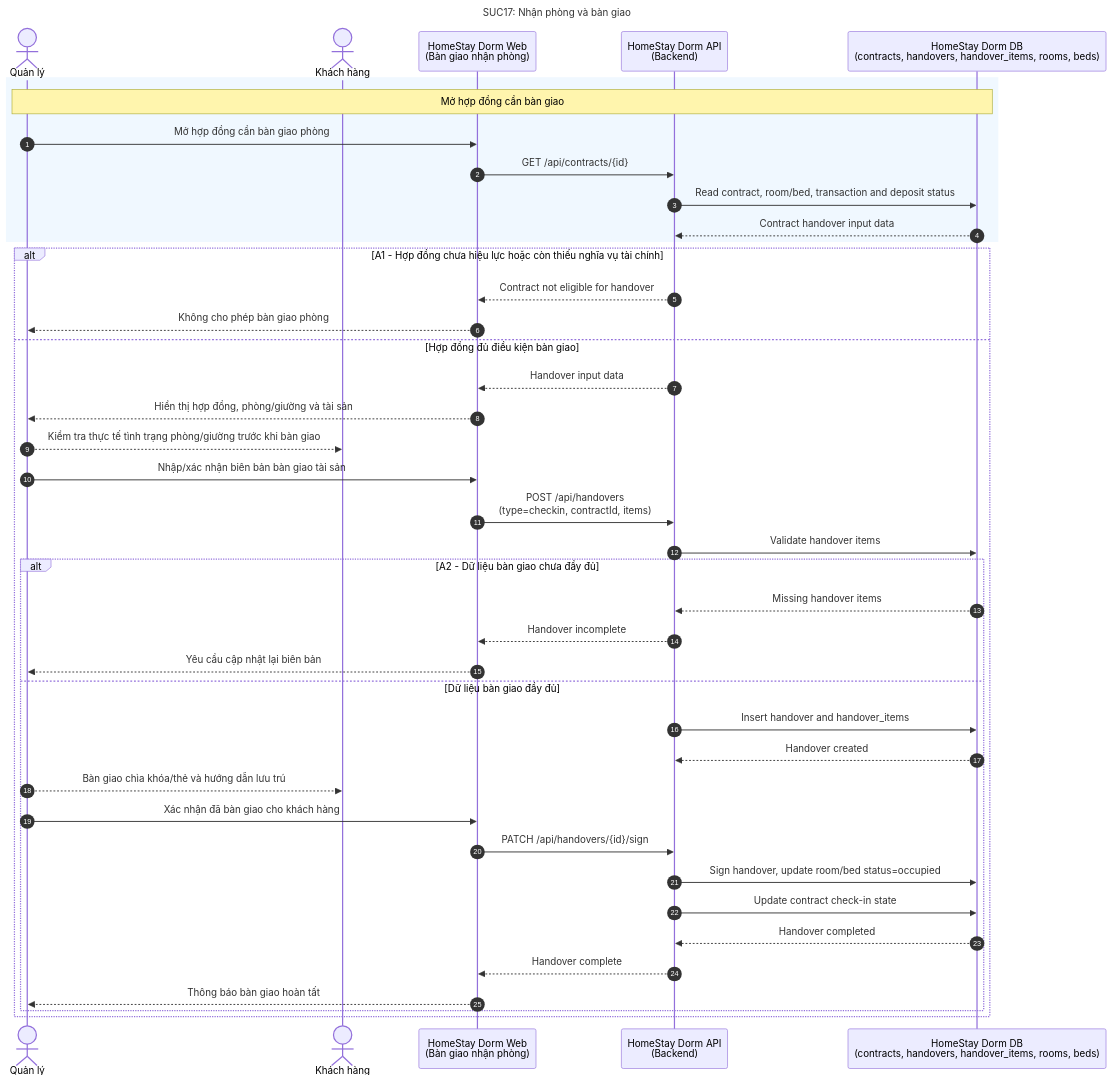
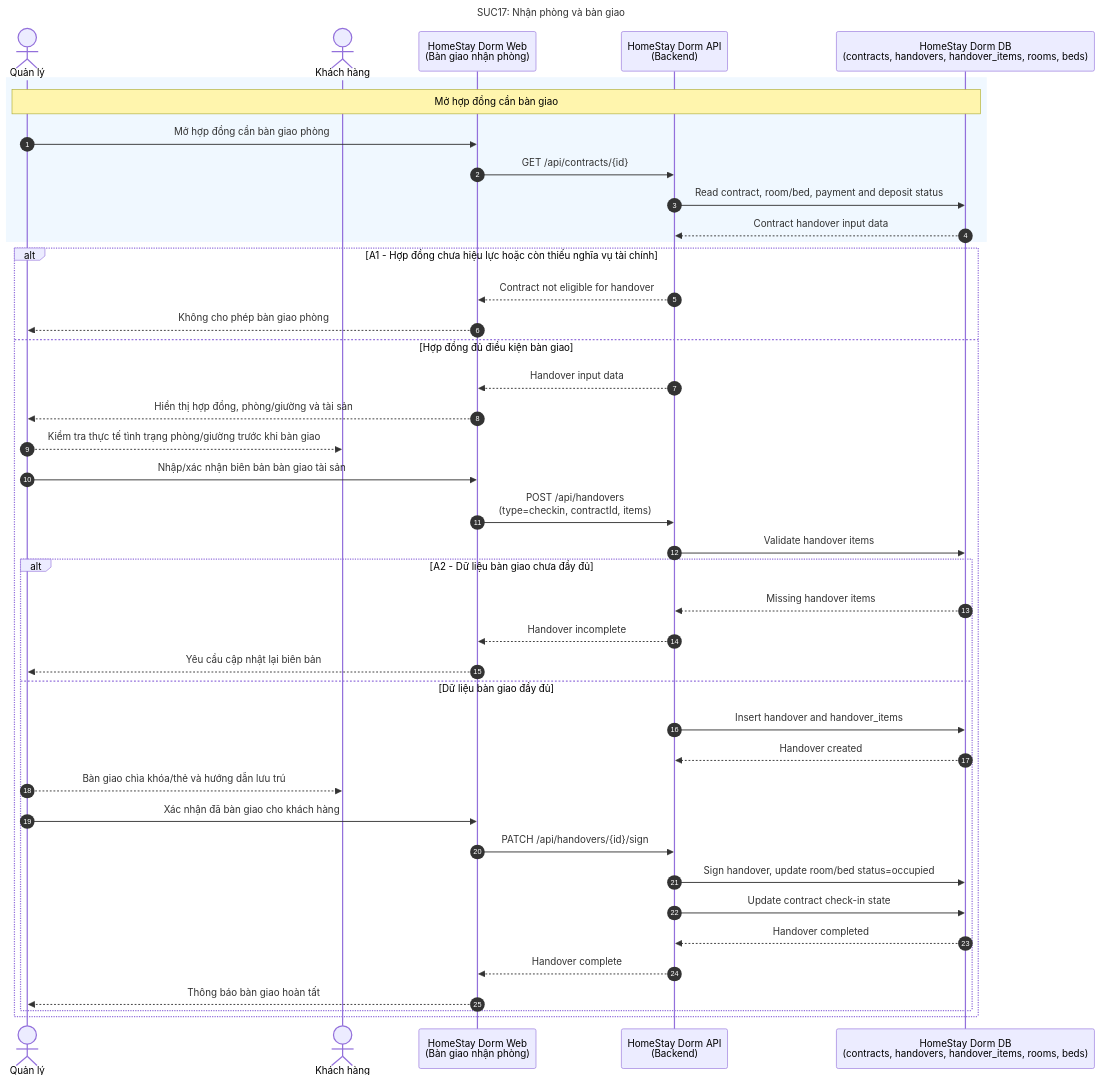
One commit to dinhdaivu/CSC12004_Information-Systems-Analysis-and-Design changed the diagram in docs/SUC/SUC17-nhan-phong-va-ban-giao.mmd. Above: the diagram before and after it, drawn with Mermaid. The commit also changed 30 other files, not shown here.

```diff
--- a/docs/SUC/SUC17-nhan-phong-va-ban-giao.mmd
+++ b/docs/SUC/SUC17-nhan-phong-va-ban-giao.mmd
@@ -1,45 +1,45 @@
 sequenceDiagram
     title SUC17: Nhận phòng và bàn giao
     autonumber
     actor M as Quản lý
     actor C as Khách hàng
     participant Web as HomeStay Dorm Web<br/>(Bàn giao nhận phòng)
     participant API as HomeStay Dorm API<br/>(Backend)
     participant DB as HomeStay Dorm DB<br/>(contracts, handovers, handover_items, rooms, beds)
 
     rect rgb(240, 248, 255)
         Note over M, DB: Mở hợp đồng cần bàn giao
         M->>Web: Mở hợp đồng cần bàn giao phòng
         Web->>API: GET /api/contracts/{id}
-        API->>DB: Read contract, room/bed, transaction and deposit status
+        API->>DB: Read contract, room/bed, payment and deposit status
         DB-->>API: Contract handover input data
     end
 
     alt A1 - Hợp đồng chưa hiệu lực hoặc còn thiếu nghĩa vụ tài chính
         API-->>Web: Contract not eligible for handover
         Web-->>M: Không cho phép bàn giao phòng
     else Hợp đồng đủ điều kiện bàn giao
         API-->>Web: Handover input data
         Web-->>M: Hiển thị hợp đồng, phòng/giường và tài sản
         M-->>C: Kiểm tra thực tế tình trạng phòng/giường trước khi bàn giao
         M->>Web: Nhập/xác nhận biên bản bàn giao tài sản
         Web->>API: POST /api/handovers<br/>(type=checkin, contractId, items)
         API->>DB: Validate handover items
 
         alt A2 - Dữ liệu bàn giao chưa đầy đủ
             DB-->>API: Missing handover items
             API-->>Web: Handover incomplete
             Web-->>M: Yêu cầu cập nhật lại biên bản
         else Dữ liệu bàn giao đầy đủ
             API->>DB: Insert handover and handover_items
             DB-->>API: Handover created
             M-->>C: Bàn giao chìa khóa/thẻ và hướng dẫn lưu trú
             M->>Web: Xác nhận đã bàn giao cho khách hàng
             Web->>API: PATCH /api/handovers/{id}/sign
             API->>DB: Sign handover, update room/bed status=occupied
             API->>DB: Update contract check-in state
             DB-->>API: Handover completed
             API-->>Web: Handover complete
             Web-->>M: Thông báo bàn giao hoàn tất
         end
     end
```
